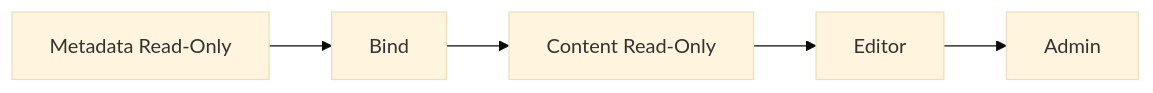
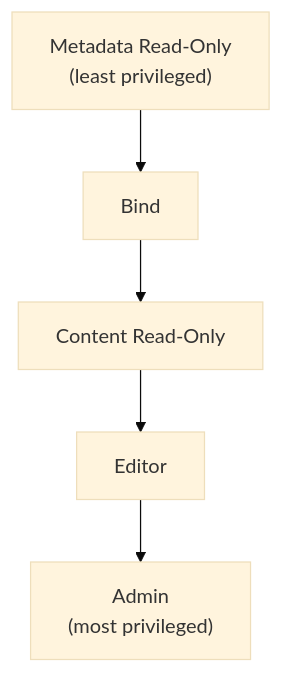
The diagram in src/content/docs/workers/configuration/authorization.mdx (cloudflare/cloudflare-docs), drawn with Mermaid (base theme) before and after one commit.

Commit message:
adjust mermaid diagram

````diff
--- a/src/content/docs/workers/configuration/authorization.mdx
+++ b/src/content/docs/workers/configuration/authorization.mdx
@@ -35,7 +35,7 @@
 ```mermaid
-flowchart LR
-    A["Metadata Read-Only"] --> B["Bind"]
+flowchart TD
+    A["Metadata Read-Only<br/>(least privileged)"] --> B["Bind"]
     B --> C["Content Read-Only"]
     C --> D["Editor"]
-    D --> E["Admin"]
+    D --> E["Admin<br/>(most privileged)"]
 ```
````
